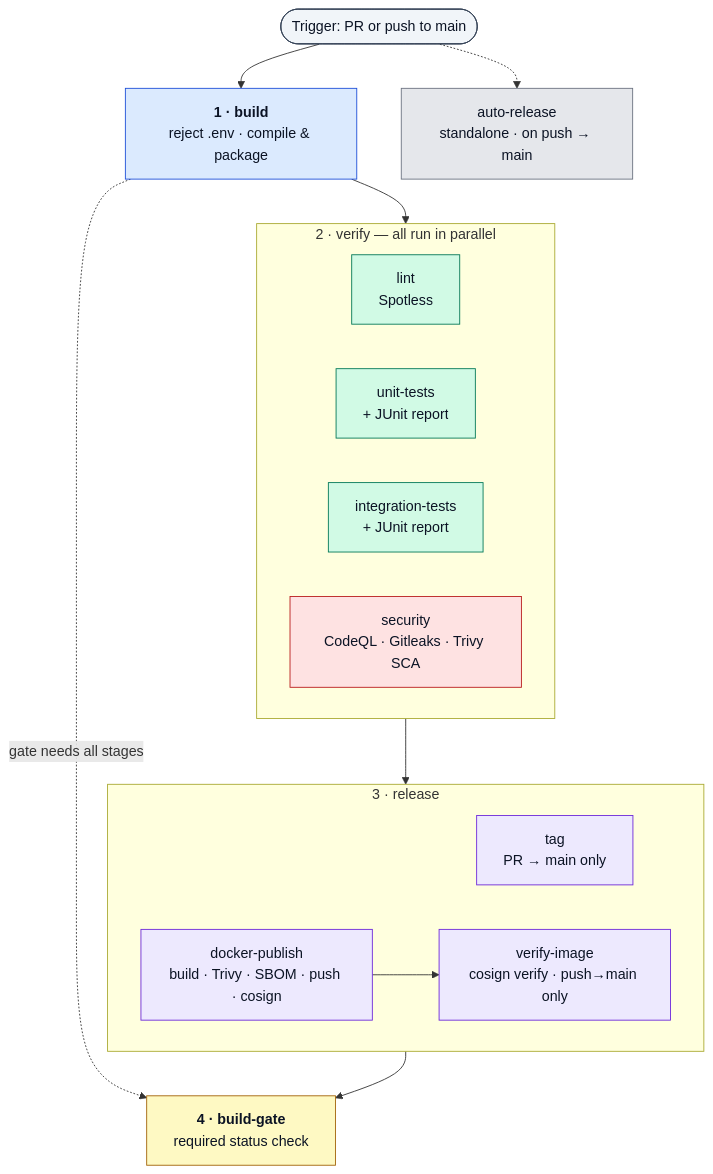
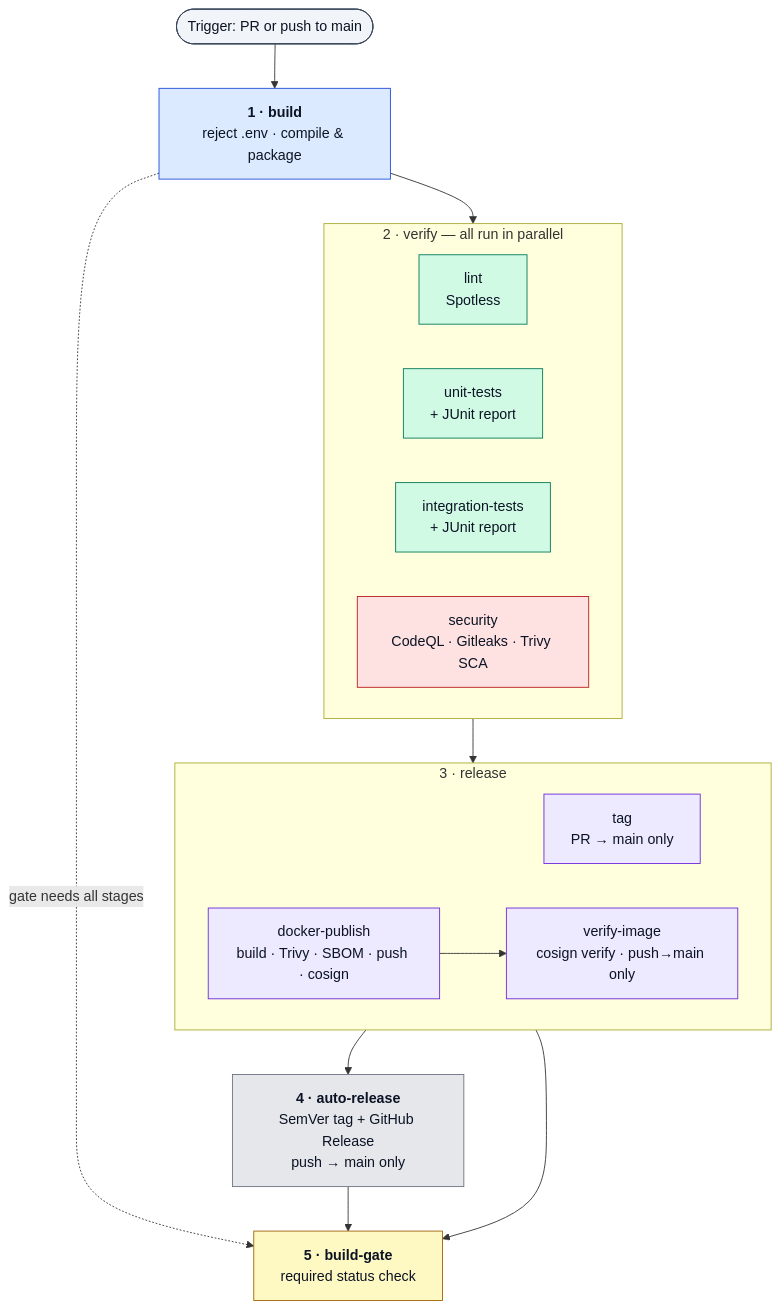
Before and after one commit to pse-wtag/java-ci-cd-template: the diagram in README.md, drawn with Mermaid. The commit also changed other lines of this file and 3 other files, not shown here.

Commit message:
fix(egress-hardern-issue): Add new egress enpoint - on failure do not run auto release

````diff
--- a/README.md
+++ b/README.md
@@ -113,39 +116,41 @@
 ```mermaid
 flowchart TD
     T([Trigger: PR or push to main]):::trig
 
     T --> B["<b>1 · build</b><br/>reject .env · compile &amp; package"]:::s1
 
     subgraph P2 ["2 · verify — all run in parallel"]
         direction LR
         L["lint<br/>Spotless"]:::s2
         U["unit-tests<br/>+ JUnit report"]:::s2
         I["integration-tests<br/>+ JUnit report"]:::s2
         S["security<br/>CodeQL · Gitleaks · Trivy SCA"]:::s3
     end
 
     subgraph P3 ["3 · release"]
         direction LR
         TG["tag<br/>PR → main only"]:::s4
         D["docker-publish<br/>build · Trivy · SBOM · push · cosign"]:::s4
         V["verify-image<br/>cosign verify · push→main only"]:::s4
         D --> V
     end
 
-    G["<b>4 · build-gate</b><br/>required status check"]:::s5
+    AR["<b>4 · auto-release</b><br/>SemVer tag + GitHub Release<br/>push → main only"]:::ind
+
+    G["<b>5 · build-gate</b><br/>required status check"]:::s5
 
     B --> P2
     P2 --> P3
+    P3 --> AR
     P3 --> G
+    AR --> G
     B -. gate needs all stages .-> G
-
-    T -.-> AR["auto-release<br/>standalone · on push → main"]:::ind
 
     classDef trig fill:#f1f5f9,stroke:#334155,color:#0b1324;
     classDef s1 fill:#dbeafe,stroke:#1d4ed8,color:#0b1324;
     classDef s2 fill:#d1fae5,stroke:#047857,color:#0b1324;
     classDef s3 fill:#fee2e2,stroke:#b91c1c,color:#0b1324;
     classDef s4 fill:#ede9fe,stroke:#6d28d9,color:#0b1324;
     classDef s5 fill:#fef9c3,stroke:#a16207,color:#0b1324;
     classDef ind fill:#e5e7eb,stroke:#6b7280,color:#0b1324;
 ```
````
